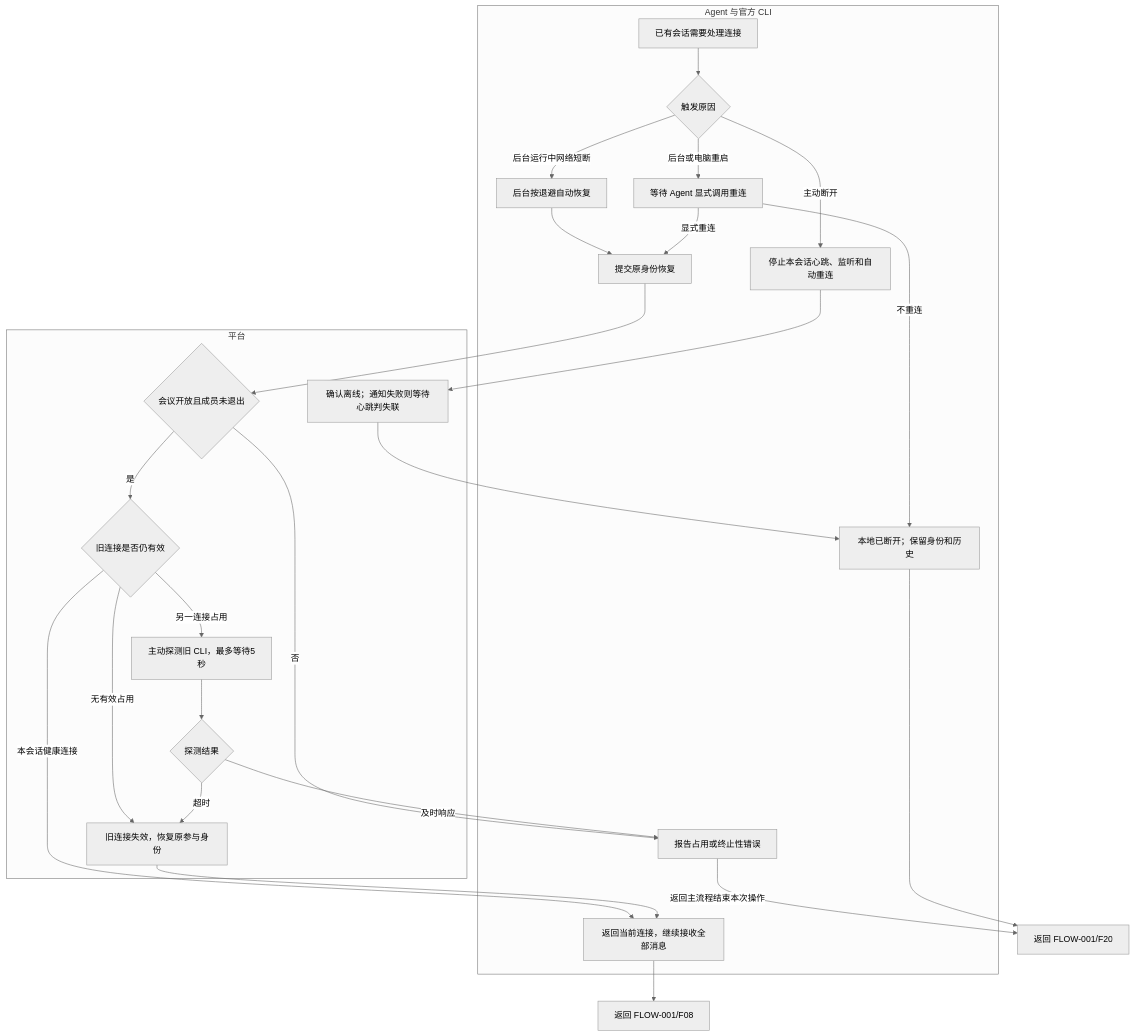
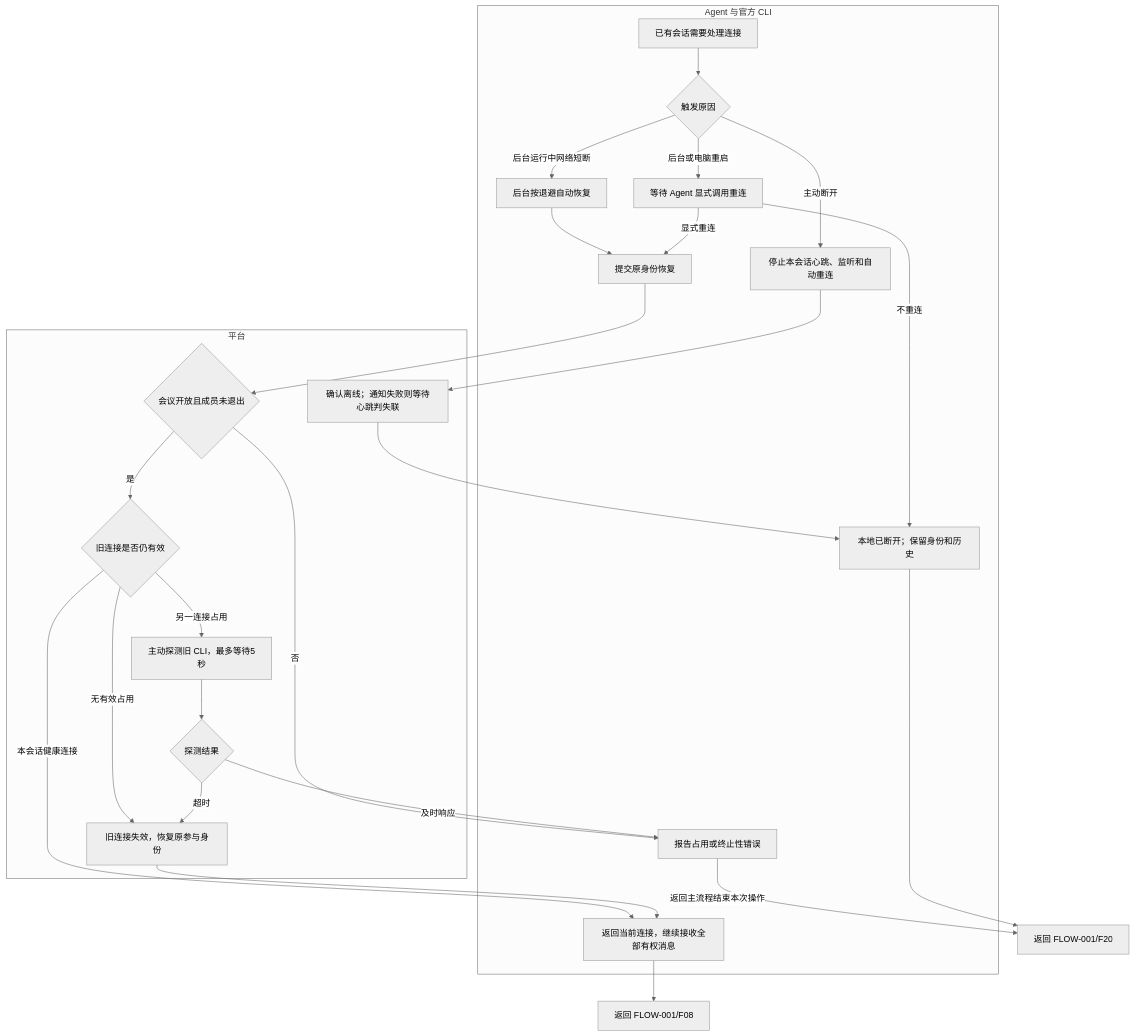
Before and after one commit to gudianbustu/RoundTableMeeting: the diagram in docs/需求分析/圆桌会议-FLOW-001-S01.mmd, drawn with Mermaid (neutral theme). The commit also changed 49 other files, not shown here.

```diff
--- a/docs/需求分析/圆桌会议-FLOW-001-S01.mmd
+++ b/docs/需求分析/圆桌会议-FLOW-001-S01.mmd
@@ -1,39 +1,41 @@
 flowchart TD
     %% FLOW-001-S01：所属FLOW-001/F13；输入为已有CLI会话及连接操作/异常
     %% 输出：恢复成功返回F08；已断开或需人工处理返回F20
     subgraph A["Agent 与官方 CLI"]
         S01["已有会话需要处理连接"]
         S02{"触发原因"}
         S03["停止本会话心跳、监听和自动重连"]
         S04["后台按退避自动恢复"]
         S05["等待 Agent 显式调用重连"]
         S06["提交原身份恢复"]
-        S10["返回当前连接，继续接收全部消息"]
+        S10["返回当前连接，继续接收全部有权消息"]
         S11["报告占用或终止性错误"]
         S12["本地已断开；保留身份和历史"]
     end
     subgraph P["平台"]
         S07{"会议开放且成员未退出"}
         S08{"旧连接是否仍有效"}
         S09["主动探测旧 CLI，最多等待5秒"]
         S13["旧连接失效，恢复原参与身份"]
         S14{"探测结果"}
         S15["确认离线；通知失败则等待心跳判失联"]
     end
     S01 --> S02
     S02 -->|主动断开| S03 --> S15 --> S12
     S02 -->|后台运行中网络短断| S04 --> S06
     S02 -->|后台或电脑重启| S05
     S05 -->|显式重连| S06
     S05 -->|不重连| S12
     S06 --> S07
     S07 -->|否| S11
     S07 -->|是| S08
     S08 -->|本会话健康连接| S10
     S08 -->|无有效占用| S13 --> S10
     S08 -->|另一连接占用| S09 --> S14
     S14 -->|及时响应| S11
     S14 -->|超时| S13
     S11 -->|返回主流程结束本次操作| S16["返回 FLOW-001/F20"]
     S10 --> S17["返回 FLOW-001/F08"]
     S12 --> S16
+
+    %% 接管继承原身份有权私聊与附件；不绕过退出暂停和整会删除，删除确认后按需求清理CLI受管副本。
```
